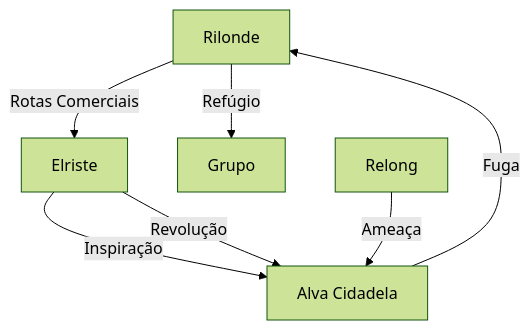
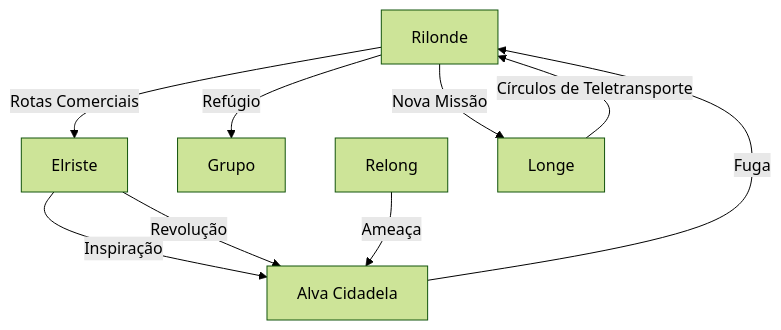
Before and after one commit to fsimoes/obsidian-borel: the diagram in source/content/Borel/Locais/index.md, drawn with Mermaid (forest theme). The commit also changed other lines of this file and 23 other files, not shown here.

````diff
--- a/source/content/Borel/Locais/index.md
+++ b/source/content/Borel/Locais/index.md
@@ -43,9 +58,11 @@
 ```mermaid
 graph TD
     R[Rilonde] --> |"Rotas Comerciais"| E[Elriste]
     E --> |"Inspiração"| A[Alva Cidadela]
     R --> |"Refúgio"| G[Grupo]
     E --> |"Revolução"| A
     Re[Relong] --> |"Ameaça"| A
     A --> |"Fuga"| R
+    R --> |"Nova Missão"| L[Longe]
+    L --> |"Círculos de Teletransporte"| R
 ```
````
